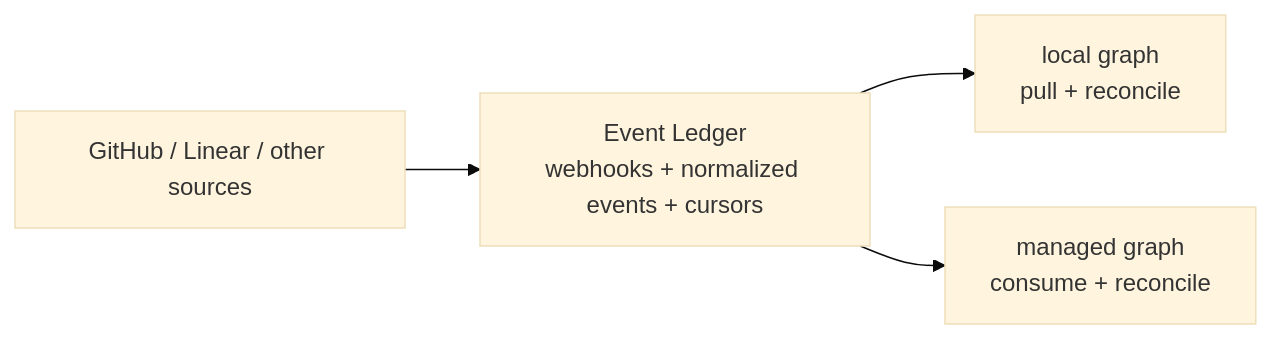
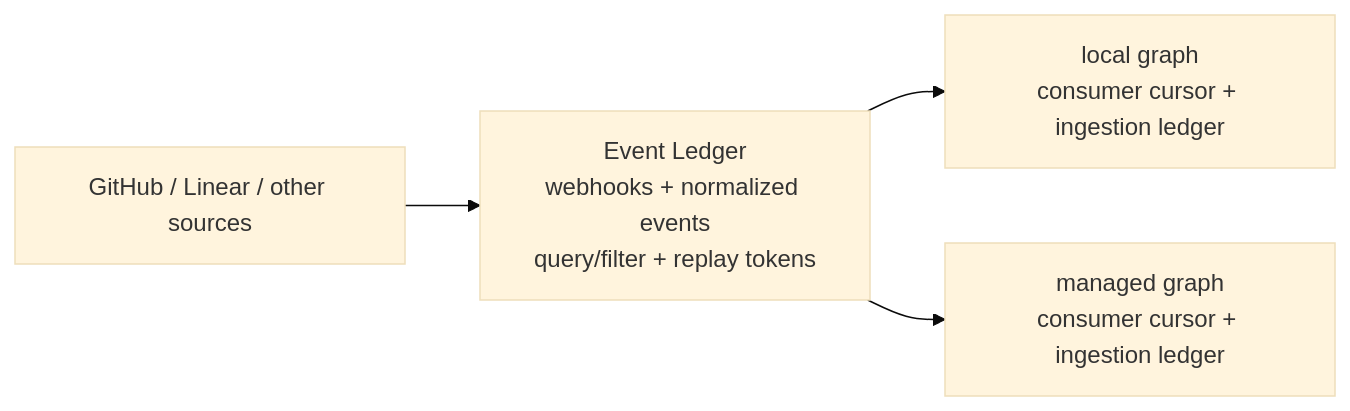
One commit to potpie-ai/potpie changed diagram 11 of 12 in docs/context-graph/architecture.md. Above: the diagram before and after it, drawn with Mermaid (base theme). The commit also changed other lines of this file and 138 other files, not shown here.

````diff
--- a/docs/context-graph/architecture.md
+++ b/docs/context-graph/architecture.md
@@ -379,11 +600,11 @@
 ```mermaid
 flowchart LR
   cg_sources["GitHub / Linear / other sources"]
-  cg_event_ledger["Event Ledger<br/>webhooks + normalized events + cursors"]
-  cg_local_consumer["local graph<br/>pull + reconcile"]
-  cg_managed_consumer["managed graph<br/>consume + reconcile"]
+  cg_event_ledger["Event Ledger<br/>webhooks + normalized events<br/>query/filter + replay tokens"]
+  cg_local_consumer["local graph<br/>consumer cursor + ingestion ledger"]
+  cg_managed_consumer["managed graph<br/>consumer cursor + ingestion ledger"]
 
   cg_sources --> cg_event_ledger
   cg_event_ledger --> cg_local_consumer
   cg_event_ledger --> cg_managed_consumer
 ```
````
